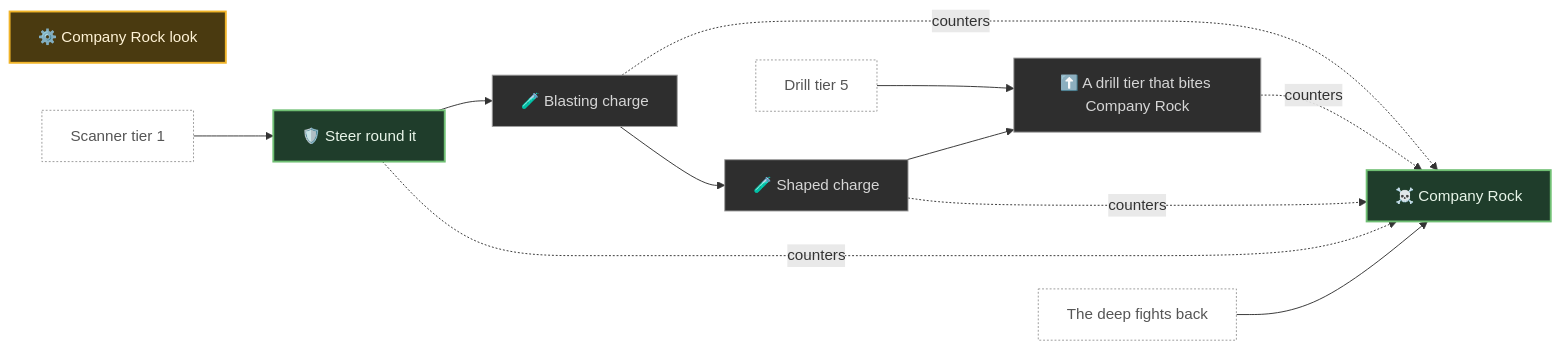
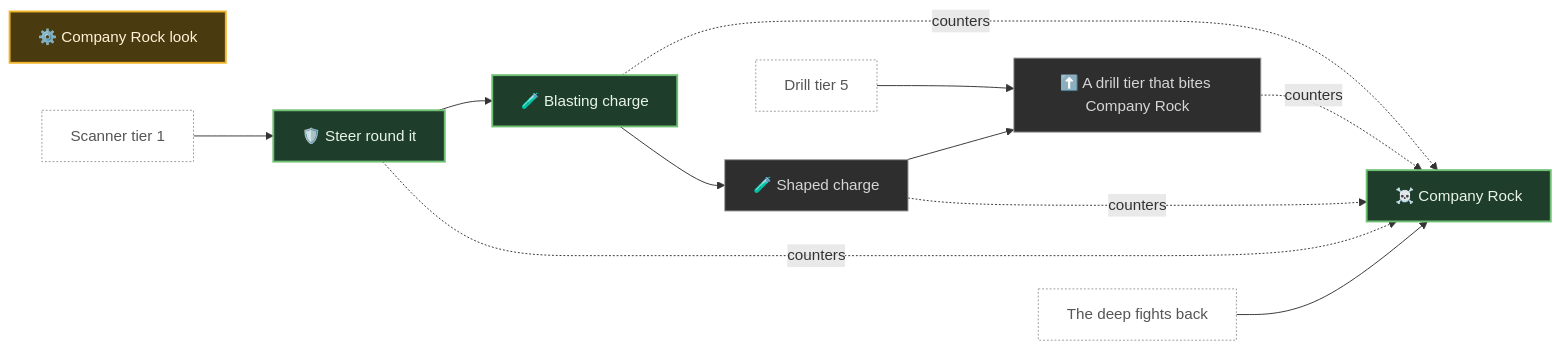
One commit to pkeppeler/deepcharter changed diagram 17 of 30 in docs/FEATURE-MAP.md. Above: the diagram before and after it, drawn with Mermaid. The commit also changed other lines of this file and 26 other files, not shown here.

First line of the commit message:
Blasting charge: buy a way through Company Rock (#509) (#527)

````diff
--- a/docs/FEATURE-MAP.md
+++ b/docs/FEATURE-MAP.md
@@ -876,31 +875,31 @@
 ```mermaid
 flowchart LR
   n_company_rock["☠️ Company Rock"]
   n_company_rock_look["⚙️ Company Rock look"]
   n_sidestep["🛡️ Steer round it"]
   n_blasting_charge["🧪 Blasting charge"]
   n_shaped_charge["🧪 Shaped charge"]
   n_rock_drill_tier["⬆️ A drill tier that bites Company Rock"]
   n_drill_t5["Drill tier 5"]
   n_scanner_t1["Scanner tier 1"]
   n_the_deep_bites["The deep fights back"]
   n_blasting_charge -. counters .-> n_company_rock
   n_blasting_charge --> n_shaped_charge
   n_drill_t5 --> n_rock_drill_tier
   n_rock_drill_tier -. counters .-> n_company_rock
   n_scanner_t1 --> n_sidestep
   n_shaped_charge -. counters .-> n_company_rock
   n_shaped_charge --> n_rock_drill_tier
   n_sidestep --> n_blasting_charge
   n_sidestep -. counters .-> n_company_rock
   n_the_deep_bites --> n_company_rock
   classDef built fill:#1f3d2b,stroke:#6fbf73,stroke-width:2px,color:#e8f5e9
   classDef progress fill:#4a3a10,stroke:#f0b429,stroke-width:2px,color:#fff3d6
   classDef planned fill:#2e2e2e,stroke:#9e9e9e,stroke-width:1px,color:#d6d6d6
   classDef idea fill:#1a1a1a,stroke:#757575,stroke-width:1px,stroke-dasharray:4 3,color:#a0a0a0
   classDef ext fill:#ffffff,stroke:#999999,stroke-width:1px,stroke-dasharray:2 2,color:#555555
-  class n_company_rock,n_sidestep built
+  class n_company_rock,n_sidestep,n_blasting_charge built
   class n_company_rock_look progress
-  class n_blasting_charge,n_shaped_charge,n_rock_drill_tier planned
+  class n_shaped_charge,n_rock_drill_tier planned
   class n_drill_t5,n_scanner_t1,n_the_deep_bites ext
 ```
````
